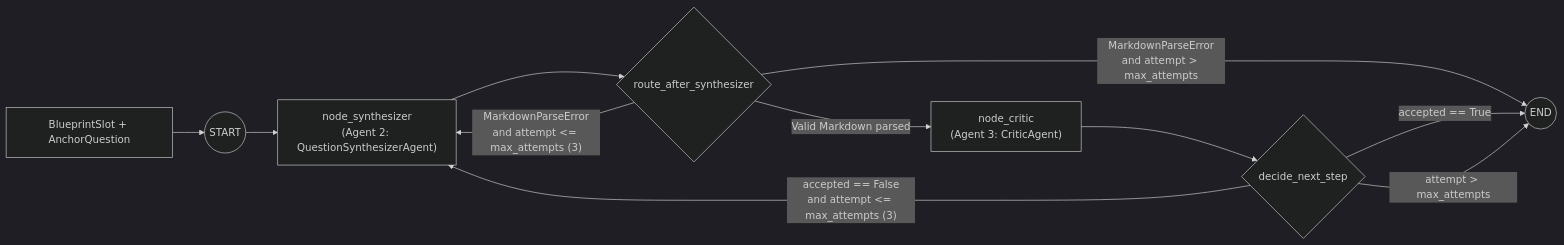
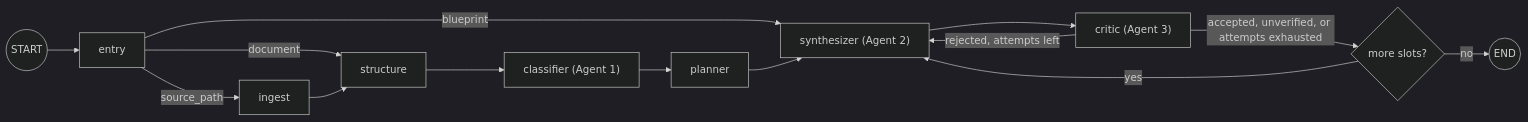
Before and after one commit to Hi-kue/exygen: the diagram in apps/agent/README.md, drawn with Mermaid (dark theme). The commit also changed other lines of this file and 37 other files, not shown here.

````diff
--- a/apps/agent/README.md
+++ b/apps/agent/README.md
@@ -18,13 +18,16 @@
 ```mermaid
 flowchart LR
-    Input["BlueprintSlot + AnchorQuestion"] --> Start((START))
-    Start --> Synth["node_synthesizer<br/>(Agent 2: QuestionSynthesizerAgent)"]
-    Synth --> RouteSynth{"route_after_synthesizer"}
-    RouteSynth -->|"Valid Markdown parsed"| Critic["node_critic<br/>(Agent 3: CriticAgent)"]
-    RouteSynth -->|"MarkdownParseError<br/>and attempt <= max_attempts (3)"| Synth
-    RouteSynth -->|"MarkdownParseError<br/>and attempt > max_attempts"| End((END))
-    Critic --> Decide{"decide_next_step"}
-    Decide -->|"accepted == True"| End
-    Decide -->|"accepted == False<br/>and attempt <= max_attempts (3)"| Synth
-    Decide -->|"attempt > max_attempts"| End
+    Start((START)) --> Entry["entry"]
+    Entry -->|"source_path"| Ingest["ingest"]
+    Entry -->|"document"| Structure["structure"]
+    Entry -->|"blueprint"| Synth
+    Ingest --> Structure
+    Structure --> Classifier["classifier (Agent 1)"]
+    Classifier --> Planner["planner"]
+    Planner --> Synth["synthesizer (Agent 2)"]
+    Synth --> Critic["critic (Agent 3)"]
+    Critic -->|"rejected, attempts left"| Synth
+    Critic -->|"accepted, unverified, or attempts exhausted"| NextSlot{"more slots?"}
+    NextSlot -->|"yes"| Synth
+    NextSlot -->|"no"| End((END))
 ```
````
